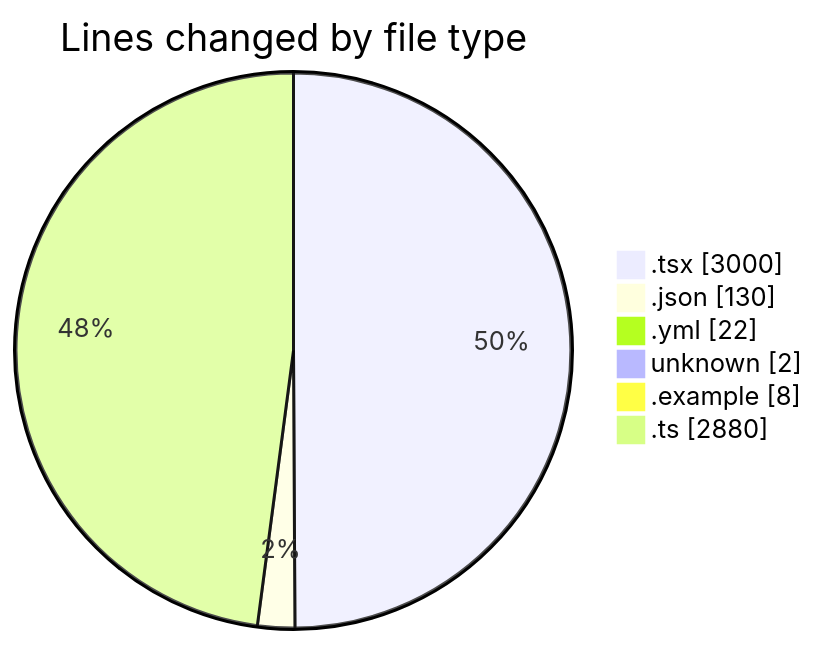
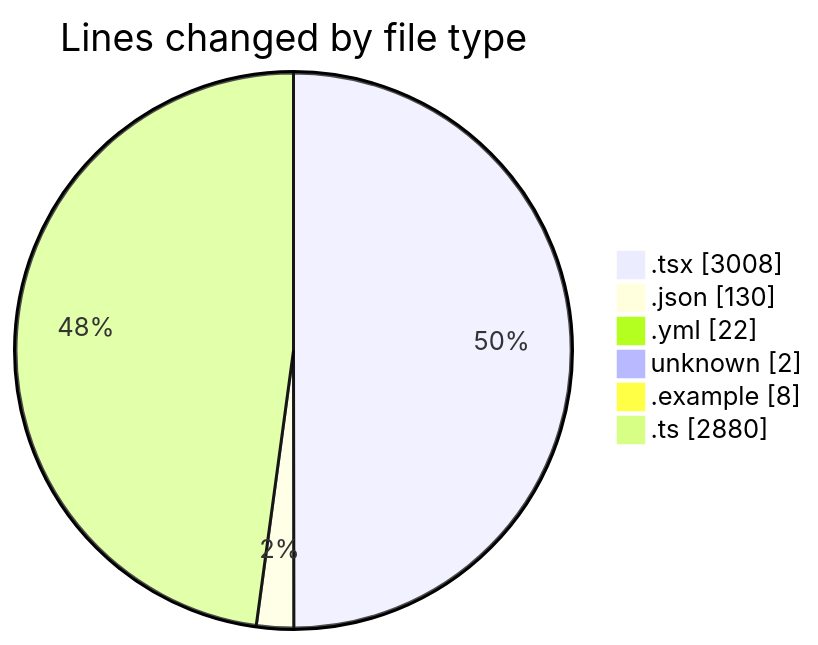
Before and after one commit to julien-gomy/code-tracking: the first of 2 diagrams in 2025-11-21/eventscop-frontend-guide__workspace_/README.md, drawn with Mermaid. The commit also changed other lines of this file and 1 other file, not shown here.

````diff
--- a/2025-11-21/eventscop-frontend-guide__workspace_/README.md
+++ b/2025-11-21/eventscop-frontend-guide__workspace_/README.md
@@ -60,10 +60,10 @@
 ```mermaid
 pie showData
 title Lines changed by file type
-".tsx" : 3000
+".tsx" : 3008
 ".json" : 130
 ".yml" : 22
 "unknown" : 2
 ".example" : 8
 ".ts" : 2880
 ```
````
